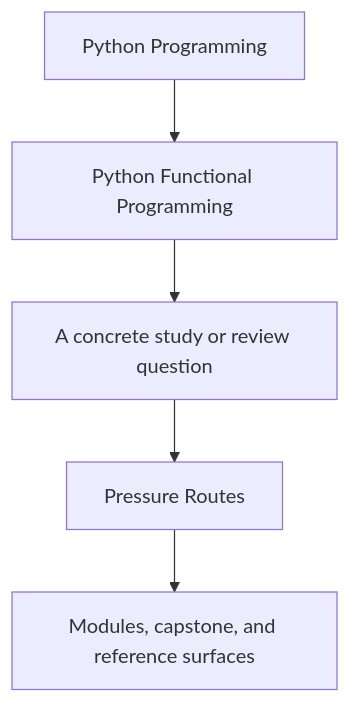
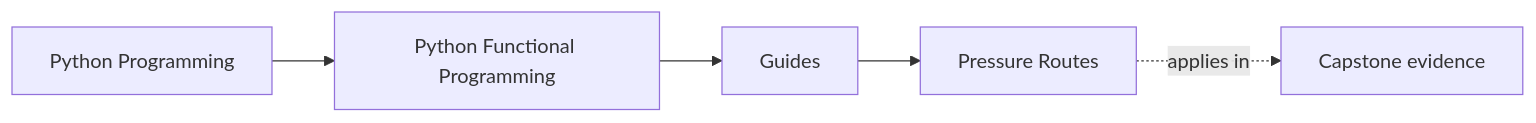
The first of 2 diagrams in programs/python-programming/python-functional-programming/course-book/guides/pressure-routes.md (bijux/bijux-masterclass), drawn with Mermaid before and after one commit. The commit also changed other lines of this file and 73 other files, not shown here.

Commit message:
docs(python-functional-programming): map orientation through streaming foundations

````diff
--- a/programs/python-programming/python-functional-programming/course-book/guides/pressure-routes.md
+++ b/programs/python-programming/python-functional-programming/course-book/guides/pressure-routes.md
@@ -6,7 +6,11 @@
 ```mermaid
-flowchart TD
-  family["Python Programming"] --> program["Python Functional Programming"]
-  program --> pressure["A concrete study or review question"]
-  pressure --> guide["Pressure Routes"]
-  guide --> next["Modules, capstone, and reference surfaces"]
+graph LR
+  family["Python Programming"]
+  program["Python Functional Programming"]
+  section["Guides"]
+  page["Pressure Routes"]
+  capstone["Capstone evidence"]
+
+  family --> program --> section --> page
+  page -.applies in.-> capstone
 ```
````
